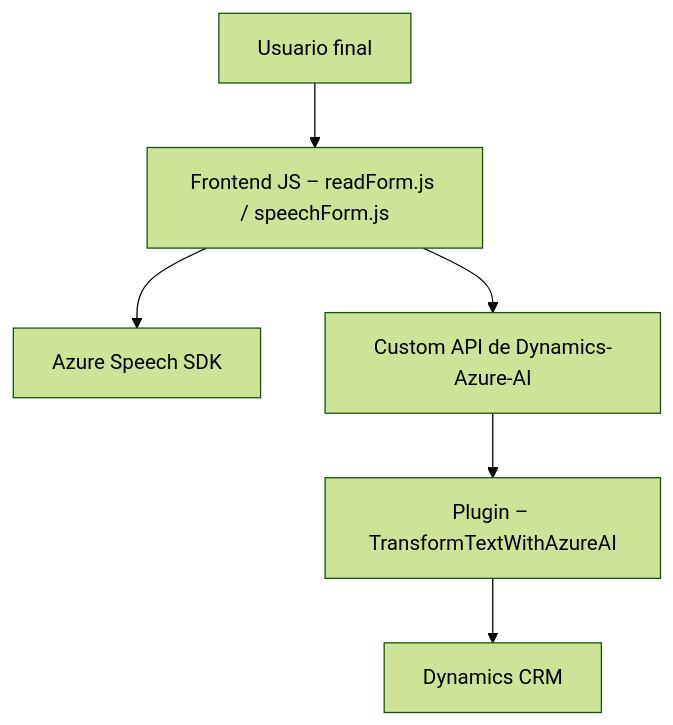
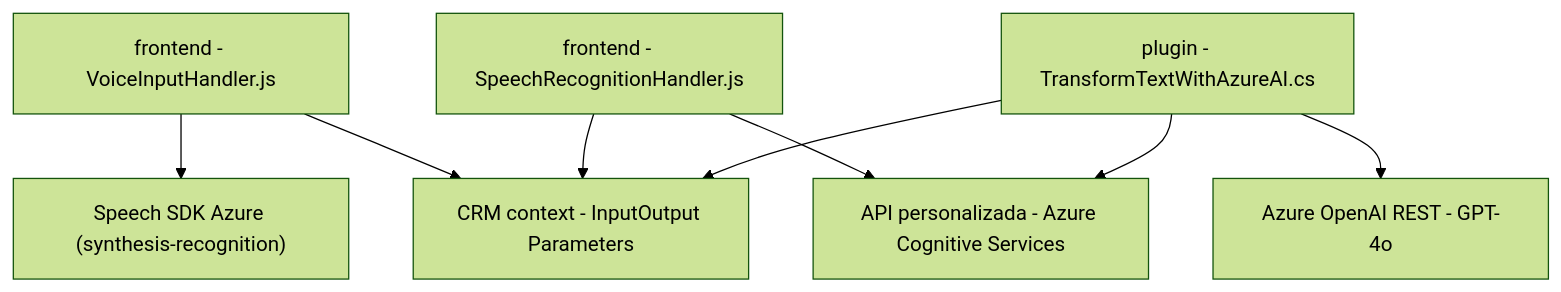
The diagram in README.md (blopezdm/NETCORE_BILBAO2025), drawn with Mermaid (forest theme) before and after one commit. The commit also changed other lines of this file, not shown here.

````diff
--- a/README.md
+++ b/README.md
@@ -59,15 +41,10 @@
 ```mermaid
 graph TD
-  A["Usuario final"]
-  B["Frontend JS – readForm.js / speechForm.js"]
-  C["Azure Speech SDK"]
-  D["Custom API de Dynamics-Azure-AI"]
-  E["Plugin – TransformTextWithAzureAI"]
-  F["Dynamics CRM"]
-
-  A --> B
-  B --> C
-  B --> D
-  D --> E
-  E --> F
+    A["frontend - VoiceInputHandler.js"] --> B["Speech SDK Azure (synthesis-recognition)"]
+    A --> C["Dynamics CRM API (Xrm.WebApi)"]
+    D["frontend - SpeechRecognitionHandler.js"] --> C
+    D --> E["API personalizada - Azure Cognitive Services"]
+    F["plugin - TransformTextWithAzureAI.cs"] --> E
+    F --> C["CRM context - InputOutput Parameters"]
+    F --> G["Azure OpenAI REST - GPT-4o"]
 ```
````
